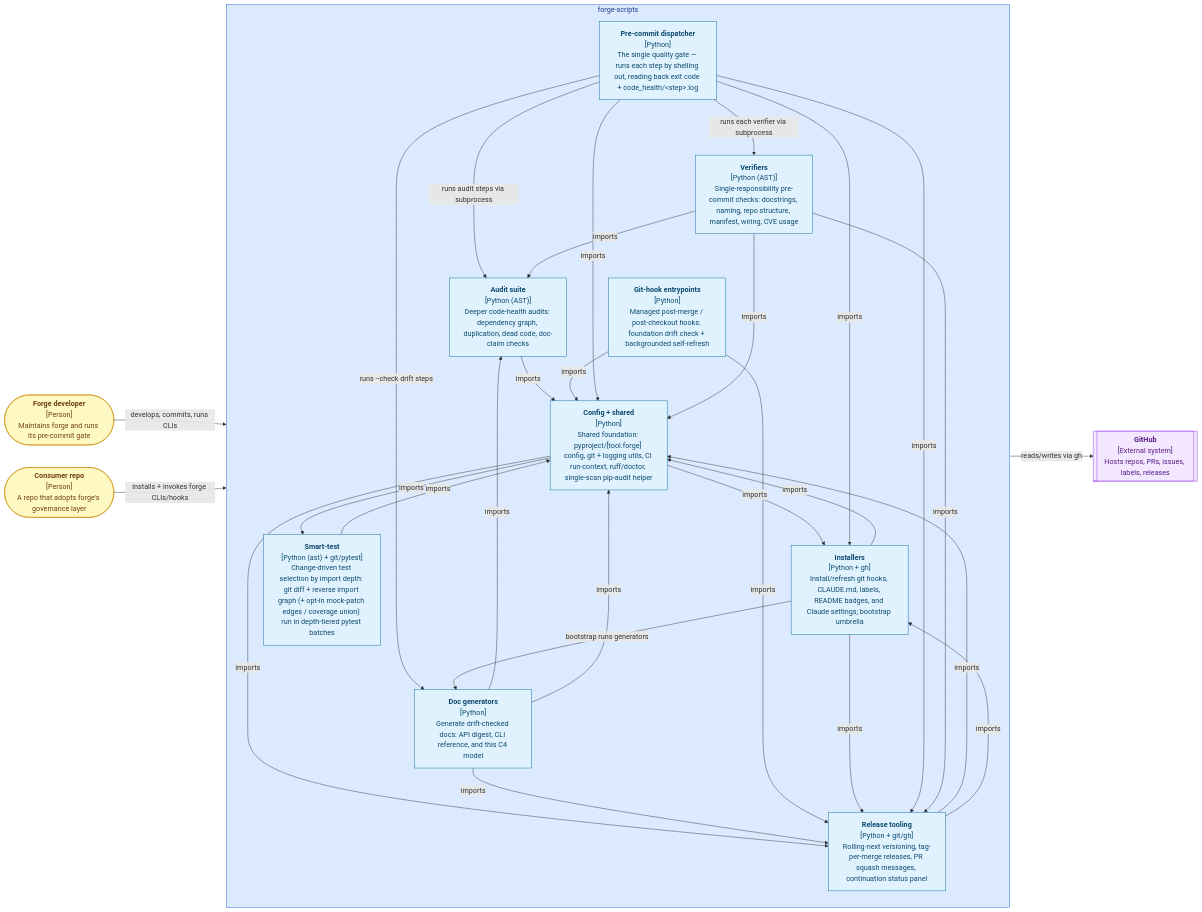
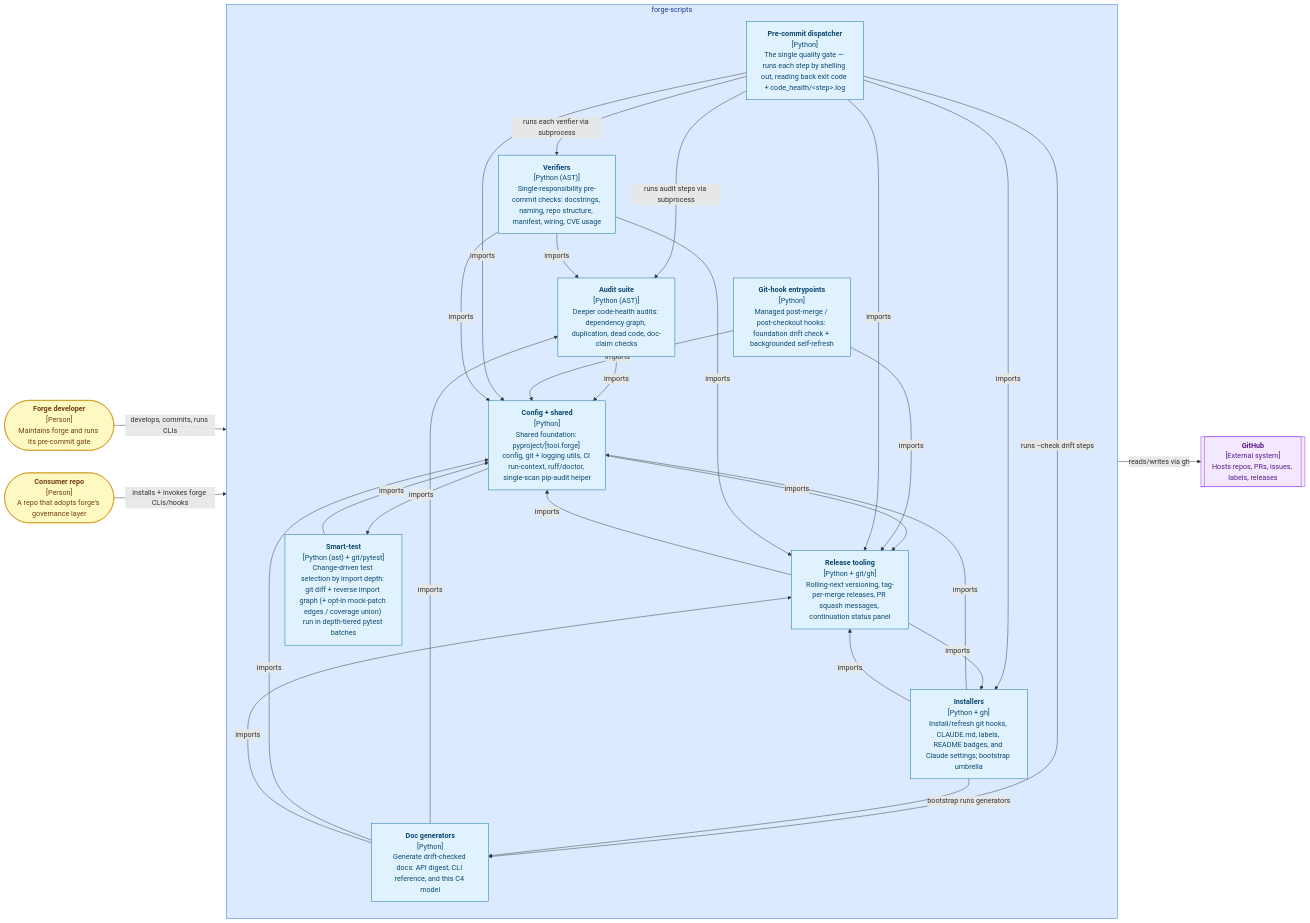
The diagram in README.md (misnaej/forge), drawn with Mermaid before and after one commit. The commit also changed 29 other files, not shown here.

````diff
--- a/README.md
+++ b/README.md
@@ -123,61 +123,60 @@
 ```mermaid
 graph LR
     forge_developer(["<b>Forge developer</b><br/>[Person]<br/>Maintains forge and runs its pre-commit gate"])
     consumer_repo(["<b>Consumer repo</b><br/>[Person]<br/>A repo that adopts forge's governance layer"])
     github[["<b>GitHub</b><br/>[External system]<br/>Hosts repos, PRs, issues, labels, releases"]]
     subgraph forge_scripts["forge-scripts"]
         pre_commit_dispatcher["<b>Pre-commit dispatcher</b><br/>[Python]<br/>The single quality gate — runs each step by shelling out, reading back exit code + code_health/&lt;step&gt;.log"]
         audit_suite["<b>Audit suite</b><br/>[Python (AST)]<br/>Deeper code-health audits: dependency graph, duplication, dead code, doc-claim checks"]
         verifiers["<b>Verifiers</b><br/>[Python (AST)]<br/>Single-responsibility pre-commit checks: docstrings, naming, repo structure, manifest, wiring, CVE usage"]
         installers["<b>Installers</b><br/>[Python + gh]<br/>Install/refresh git hooks, CLAUDE.md, labels, README badges, and Claude settings; bootstrap umbrella"]
         doc_generators["<b>Doc generators</b><br/>[Python]<br/>Generate drift-checked docs: API digest, CLI reference, and this C4 model"]
         git_hook_entrypoints["<b>Git-hook entrypoints</b><br/>[Python]<br/>Managed post-merge / post-checkout hooks: foundation drift check + backgrounded self-refresh"]
         release_tooling["<b>Release tooling</b><br/>[Python + git/gh]<br/>Rolling-next versioning, tag-per-merge releases, PR squash messages, continuation status panel"]
         smart_test["<b>Smart-test</b><br/>[Python (ast) + git/pytest]<br/>Change-driven test selection by import depth: git diff + reverse import graph (+ opt-in mock-patch edges / coverage union) run in depth-tiered pytest batches"]
         config_shared["<b>Config + shared</b><br/>[Python]<br/>Shared foundation: pyproject/[tool.forge] config, git + logging utils, CI run-context, ruff/doctor, single-scan pip-audit helper"]
     end
     forge_developer -->|"develops, commits, runs CLIs"| forge_scripts
     consumer_repo -->|"installs + invokes forge CLIs/hooks"| forge_scripts
     forge_scripts -->|"reads/writes via gh"| github
     pre_commit_dispatcher -->|"runs each verifier via subprocess"| verifiers
     pre_commit_dispatcher -->|"runs audit steps via subprocess"| audit_suite
     pre_commit_dispatcher -->|"runs --check drift steps"| doc_generators
     installers -->|"bootstrap runs generators"| doc_generators
     audit_suite -->|"imports"| config_shared
-    config_shared -->|"imports"| installers
     config_shared -->|"imports"| release_tooling
     config_shared -->|"imports"| smart_test
     doc_generators -->|"imports"| audit_suite
     doc_generators -->|"imports"| config_shared
     doc_generators -->|"imports"| release_tooling
     git_hook_entrypoints -->|"imports"| config_shared
     git_hook_entrypoints -->|"imports"| release_tooling
     installers -->|"imports"| config_shared
     installers -->|"imports"| release_tooling
     pre_commit_dispatcher -->|"imports"| config_shared
     pre_commit_dispatcher -->|"imports"| installers
     pre_commit_dispatcher -->|"imports"| release_tooling
     release_tooling -->|"imports"| config_shared
     release_tooling -->|"imports"| installers
     smart_test -->|"imports"| config_shared
     verifiers -->|"imports"| audit_suite
     verifiers -->|"imports"| config_shared
     verifiers -->|"imports"| release_tooling
     classDef component fill:#e0f2fe,stroke:#0369a1,color:#0c4a6e
     classDef container fill:#dbeafe,stroke:#2563eb,color:#1e3a8a
     classDef external fill:#f3e8ff,stroke:#9333ea,color:#581c87
     classDef person fill:#fef9c3,stroke:#ca8a04,color:#713f12
     class forge_developer person
     class consumer_repo person
     class github external
     class forge_scripts container
     class pre_commit_dispatcher component
     class audit_suite component
     class verifiers component
     class installers component
     class doc_generators component
     class git_hook_entrypoints component
     class release_tooling component
     class smart_test component
     class config_shared component
 ```
````
